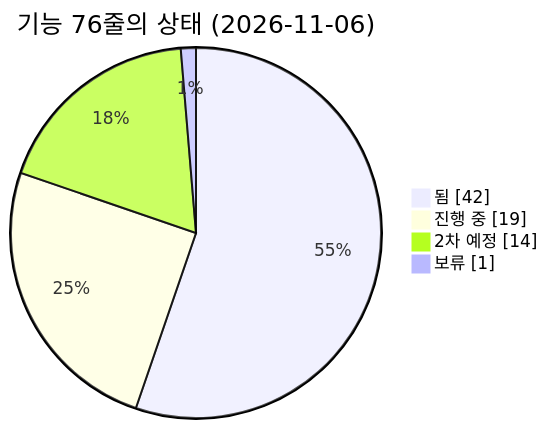
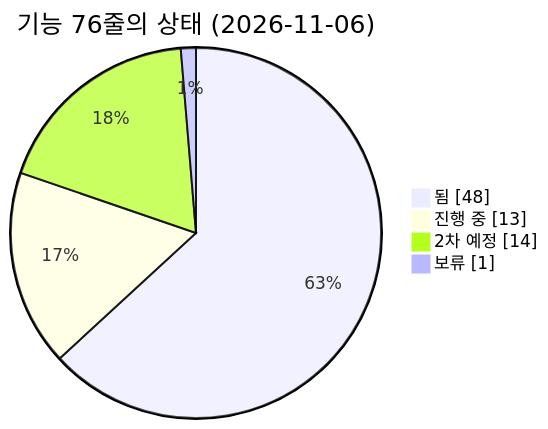
Before and after one commit to agent-ddalgi-team/final-geosan: the first of 3 diagrams in docs/map/feature-map.md, drawn with Mermaid. The commit also changed other lines of this file and 1 other file, not shown here.

````diff
--- a/docs/map/feature-map.md
+++ b/docs/map/feature-map.md
@@ -31,8 +31,8 @@
 ```mermaid
 pie showData
     title 기능 76줄의 상태 (2026-11-06)
-    "됨" : 42
-    "진행 중" : 19
+    "됨" : 48
+    "진행 중" : 13
     "2차 예정" : 14
     "보류" : 1
 ```
````
